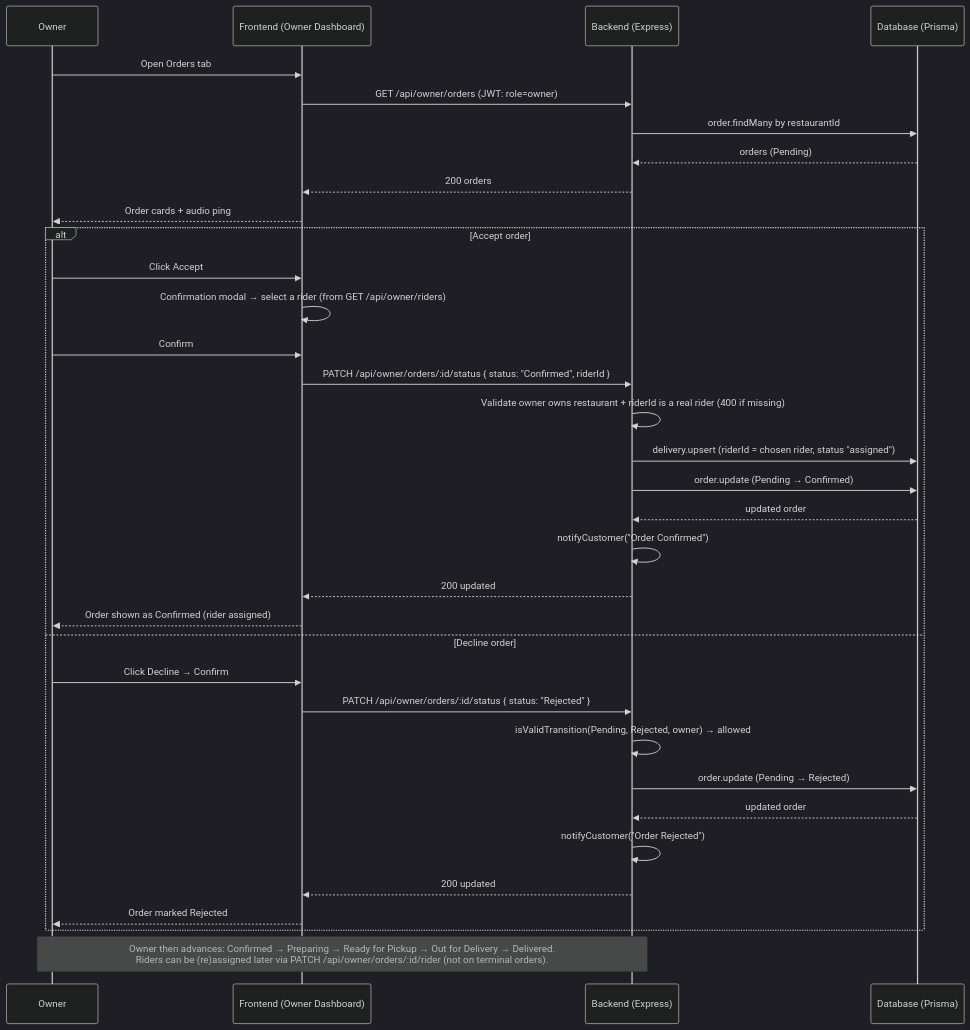
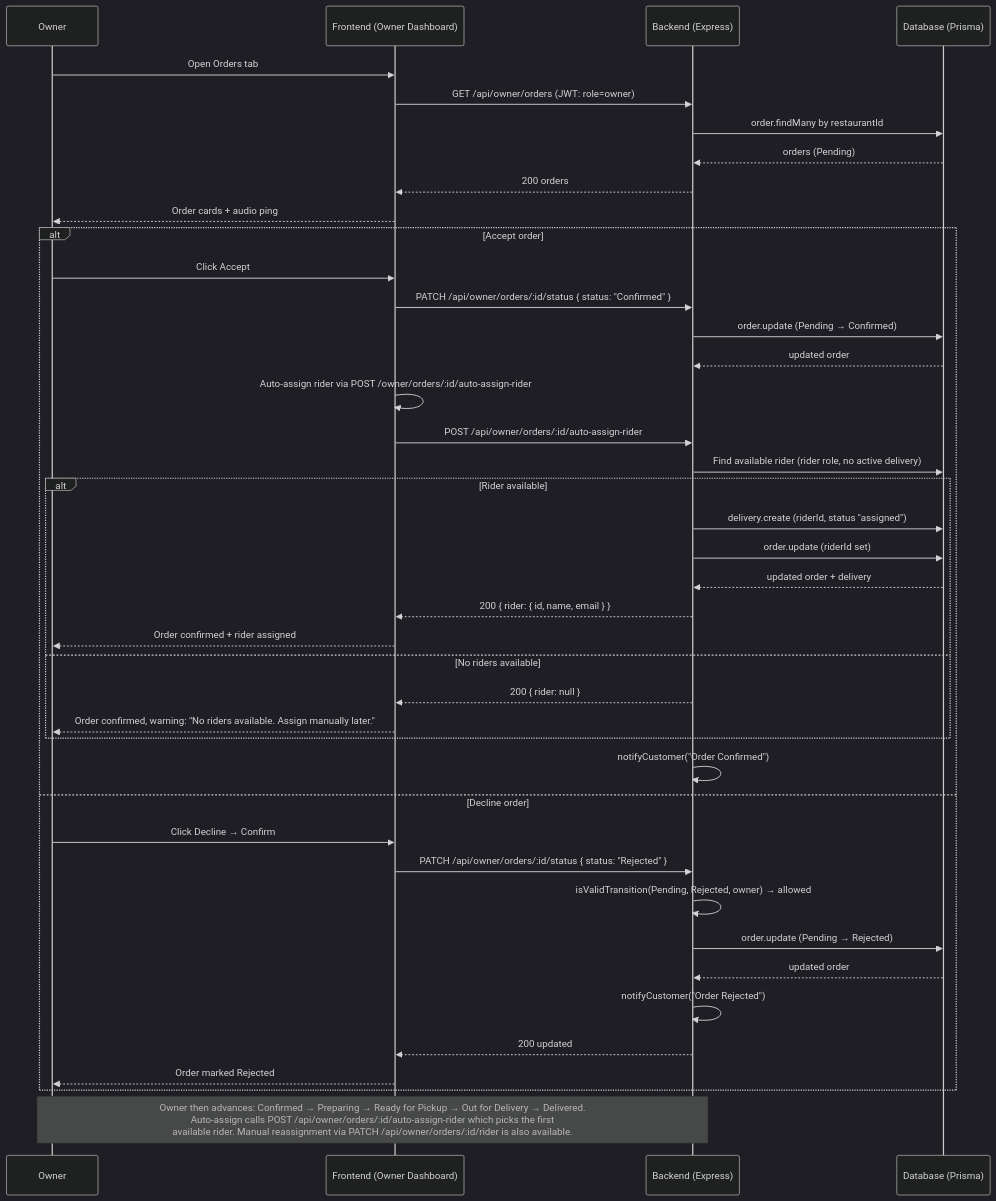
Before and after one commit to Saugatojha/food-delivery-frontend: the fifth of 11 diagrams in SEQUENCE_DIAGRAMS.md, drawn with Mermaid (dark theme). The commit also changed other lines of this file and 6 other files, not shown here.

First line of the commit message:
feat: categorized menu display and auto rider assignment on order confirmation

````diff
--- a/SEQUENCE_DIAGRAMS.md
+++ b/SEQUENCE_DIAGRAMS.md
@@ -162,39 +162,46 @@
 ```mermaid
 sequenceDiagram
     participant O as Owner
     participant F as Frontend (Owner Dashboard)
     participant S as Backend (Express)
     participant D as Database (Prisma)
 
     O->>F: Open Orders tab
     F->>S: GET /api/owner/orders (JWT: role=owner)
     S->>D: order.findMany by restaurantId
     D-->>S: orders (Pending)
     S-->>F: 200 orders
     F-->>O: Order cards + audio ping
 
     alt Accept order
         O->>F: Click Accept
-        F->>F: Confirmation modal → select a rider (from GET /api/owner/riders)
-        O->>F: Confirm
-        F->>S: PATCH /api/owner/orders/:id/status { status: "Confirmed", riderId }
-        S->>S: Validate owner owns restaurant + riderId is a real rider (400 if missing)
-        S->>D: delivery.upsert (riderId = chosen rider, status "assigned")
+        F->>S: PATCH /api/owner/orders/:id/status { status: "Confirmed" }
         S->>D: order.update (Pending → Confirmed)
         D-->>S: updated order
+        F->>F: Auto-assign rider via POST /owner/orders/:id/auto-assign-rider
+        F->>S: POST /api/owner/orders/:id/auto-assign-rider
+        S->>D: Find available rider (rider role, no active delivery)
+        alt Rider available
+            S->>D: delivery.create (riderId, status "assigned")
+            S->>D: order.update (riderId set)
+            D-->>S: updated order + delivery
+            S-->>F: 200 { rider: { id, name, email } }
+            F-->>O: Order confirmed + rider assigned
+        else No riders available
+            S-->>F: 200 { rider: null }
+            F-->>O: Order confirmed, warning: "No riders available. Assign manually later."
+        end
         S->>S: notifyCustomer("Order Confirmed")
-        S-->>F: 200 updated
-        F-->>O: Order shown as Confirmed (rider assigned)
     else Decline order
         O->>F: Click Decline → Confirm
         F->>S: PATCH /api/owner/orders/:id/status { status: "Rejected" }
         S->>S: isValidTransition(Pending, Rejected, owner) → allowed
         S->>D: order.update (Pending → Rejected)
         D-->>S: updated order
         S->>S: notifyCustomer("Order Rejected")
         S-->>F: 200 updated
         F-->>O: Order marked Rejected
     end
 
-    Note over O,S: Owner then advances: Confirmed → Preparing → Ready for Pickup → Out for Delivery → Delivered.<br/>Riders can be (re)assigned later via PATCH /api/owner/orders/:id/rider (not on terminal orders).
+    Note over O,S: Owner then advances: Confirmed → Preparing → Ready for Pickup → Out for Delivery → Delivered.<br/>Auto-assign calls POST /api/owner/orders/:id/auto-assign-rider which picks the first<br/>available rider. Manual reassignment via PATCH /api/owner/orders/:id/rider is also available.
 ```
````
